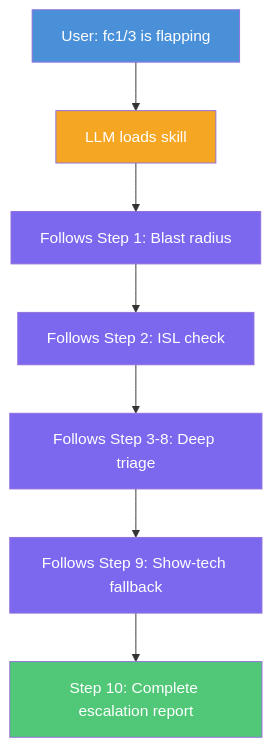
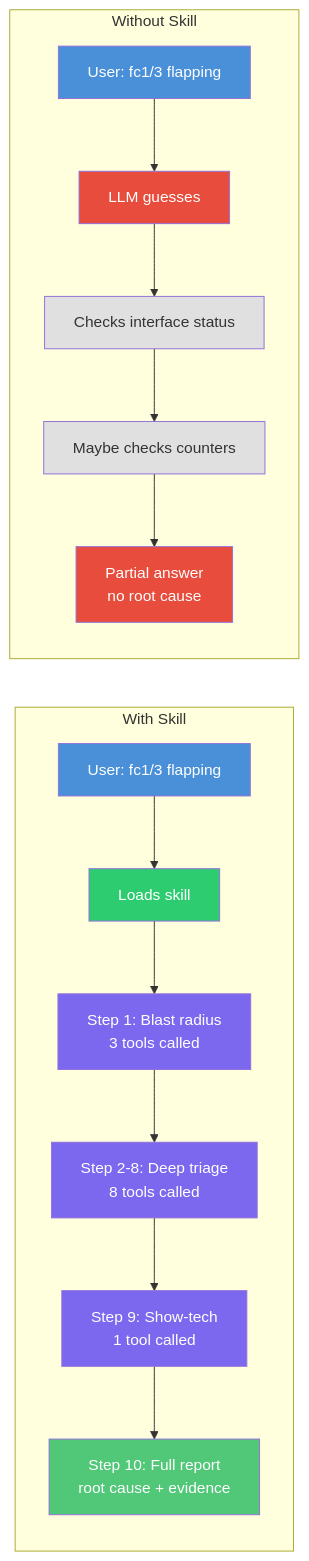
Before and after one commit to arjuntony/storage-oncall-agent-blueprint: the third of 4 diagrams in HOW-IT-WORKS.md, drawn with Mermaid. The commit also changed other lines of this file, not shown here.

First line of the commit message:
Update HOW-IT-WORKS: full component map + step-by-step flow diagram

````diff
--- a/HOW-IT-WORKS.md
+++ b/HOW-IT-WORKS.md
@@ -30,17 +158,32 @@
 ```mermaid
-flowchart TD
-    A[User: fc1/3 is flapping] --> B[LLM loads skill]
-    B --> C[Follows Step 1: Blast radius]
-    C --> D[Follows Step 2: ISL check]
-    D --> E[Follows Step 3-8: Deep triage]
-    E --> F[Follows Step 9: Show-tech fallback]
-    F --> G[Step 10: Complete escalation report]
+flowchart LR
+    subgraph WITH["With Skill"]
+        direction TB
+        W1[User: fc1/3 flapping] --> W2[Loads skill]
+        W2 --> W3[Step 1: Blast radius\n3 tools called]
+        W3 --> W4[Step 2-8: Deep triage\n8 tools called]
+        W4 --> W5[Step 9: Show-tech\n1 tool called]
+        W5 --> W6[Step 10: Full report\nroot cause + evidence]
+    end
 
-    style A fill:#4A90D9,color:#fff
-    style B fill:#F5A623,color:#fff
-    style C fill:#7B68EE,color:#fff
-    style D fill:#7B68EE,color:#fff
-    style E fill:#7B68EE,color:#fff
-    style F fill:#7B68EE,color:#fff
-    style G fill:#50C878,color:#fff
+    subgraph WITHOUT["Without Skill"]
+        direction TB
+        N1[User: fc1/3 flapping] --> N2[LLM guesses]
+        N2 --> N3[Checks interface status]
+        N3 --> N4[Maybe checks counters]
+        N4 --> N5[Partial answer\nno root cause]
+    end
+
+    style W1 fill:#4A90D9,color:#fff
+    style W2 fill:#2ECC71,color:#fff
+    style W3 fill:#7B68EE,color:#fff
+    style W4 fill:#7B68EE,color:#fff
+    style W5 fill:#7B68EE,color:#fff
+    style W6 fill:#50C878,color:#fff
+
+    style N1 fill:#4A90D9,color:#fff
+    style N2 fill:#E74C3C,color:#fff
+    style N3 fill:#E0E0E0,color:#333
+    style N4 fill:#E0E0E0,color:#333
+    style N5 fill:#E74C3C,color:#fff
 ```
````
